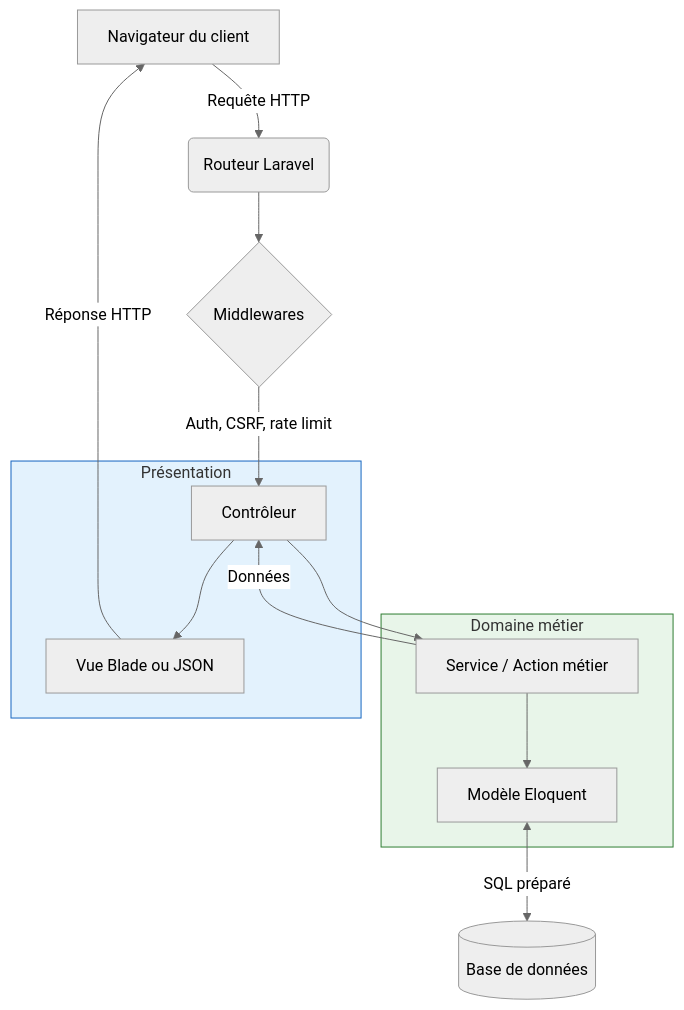
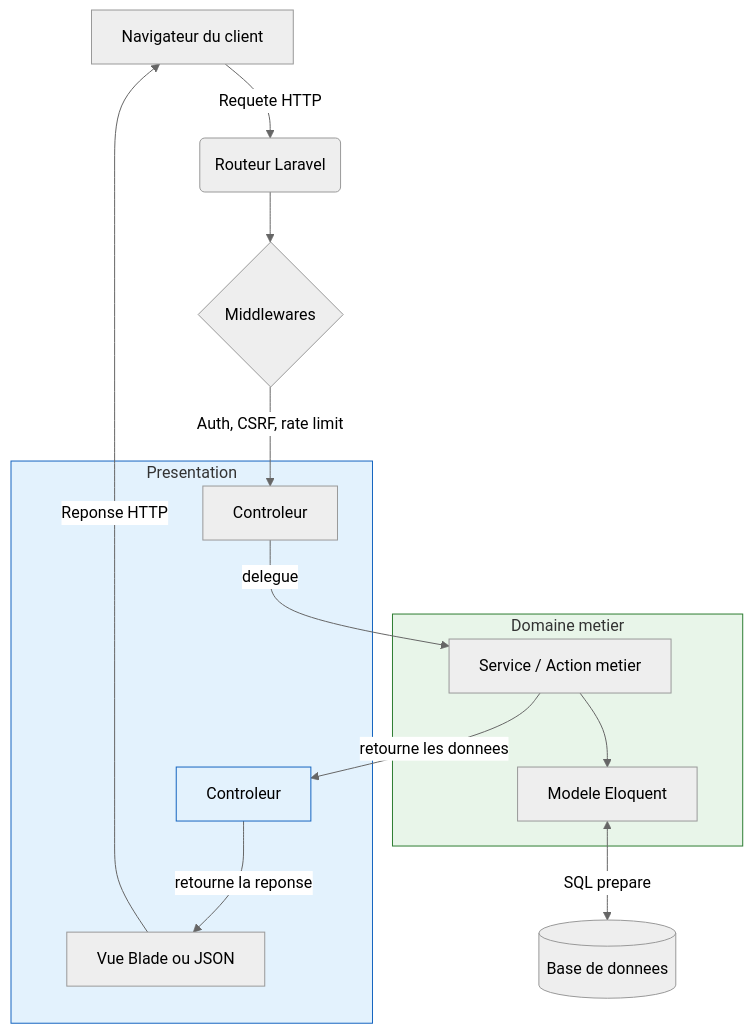
The second of 2 diagrams in docs/dev-cloud/frameworks/laravel/chapitre-00/02-c-est-quoi-laravel.md (zyrass/omnydocs), drawn with Mermaid before and after one commit. The commit also changed other lines of this file and 14 other files, not shown here.

````diff
--- a/docs/dev-cloud/frameworks/laravel/chapitre-00/02-c-est-quoi-laravel.md
+++ b/docs/dev-cloud/frameworks/laravel/chapitre-00/02-c-est-quoi-laravel.md
@@ -113,29 +110,28 @@
 ```mermaid
----
-config:
-  theme: neutral
----
+%%{init: {'theme':'neutral'}}%%
 flowchart TB
-    A[Navigateur du client] -->|Requête HTTP| B(Routeur Laravel)
+    A[Navigateur du client] -->|Requete HTTP| B(Routeur Laravel)
     B --> C{Middlewares}
-    C -->|Auth, CSRF, rate limit| D[Contrôleur]
-    D --> E[Service / Action métier]
-    E --> F[Modèle Eloquent]
-    F <-->|SQL préparé| G[(Base de données)]
-    E -->|Données| D
-    D --> H[Vue Blade ou JSON]
-    H -->|Réponse HTTP| A
+    C -->|Auth, CSRF, rate limit| D[Controleur]
+    D -->|delegue| E[Service / Action metier]
+    E --> F[Modele Eloquent]
+    F <-->|SQL prepare| G[(Base de donnees)]
+    E -->|retourne les donnees| D2[Controleur]
+    D2 -->|retourne la reponse| H[Vue Blade ou JSON]
+    H -->|Reponse HTTP| A
 
-    subgraph Domaine_Metier ["Domaine métier"]
+    subgraph Domaine_Metier ["Domaine metier"]
         E
         F
     end
 
-    subgraph Presentation ["Présentation"]
+    subgraph Presentation ["Presentation"]
         D
+        D2
         H
     end
 
     style Domaine_Metier fill:#e8f5e9,stroke:#2e7d32
     style Presentation fill:#e3f2fd,stroke:#1565c0
+    style D2 fill:#e3f2fd,stroke:#1565c0
 ```
````
